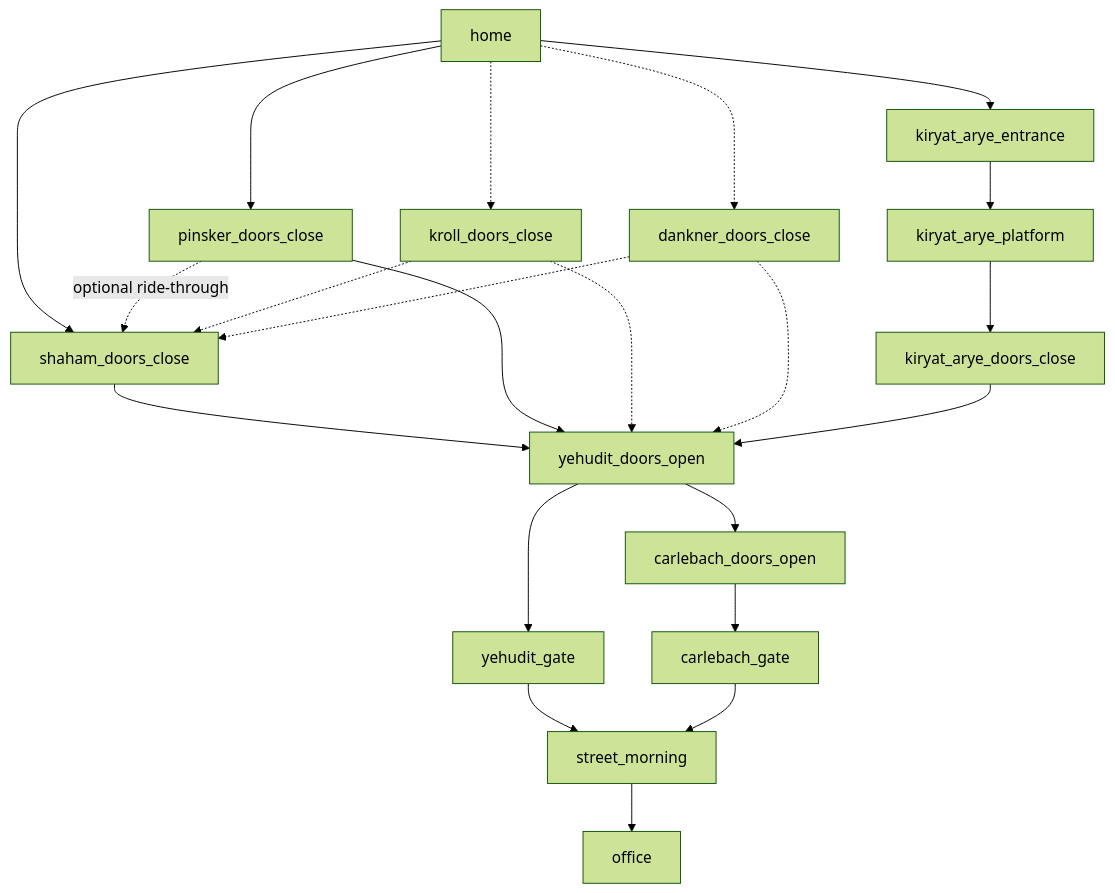
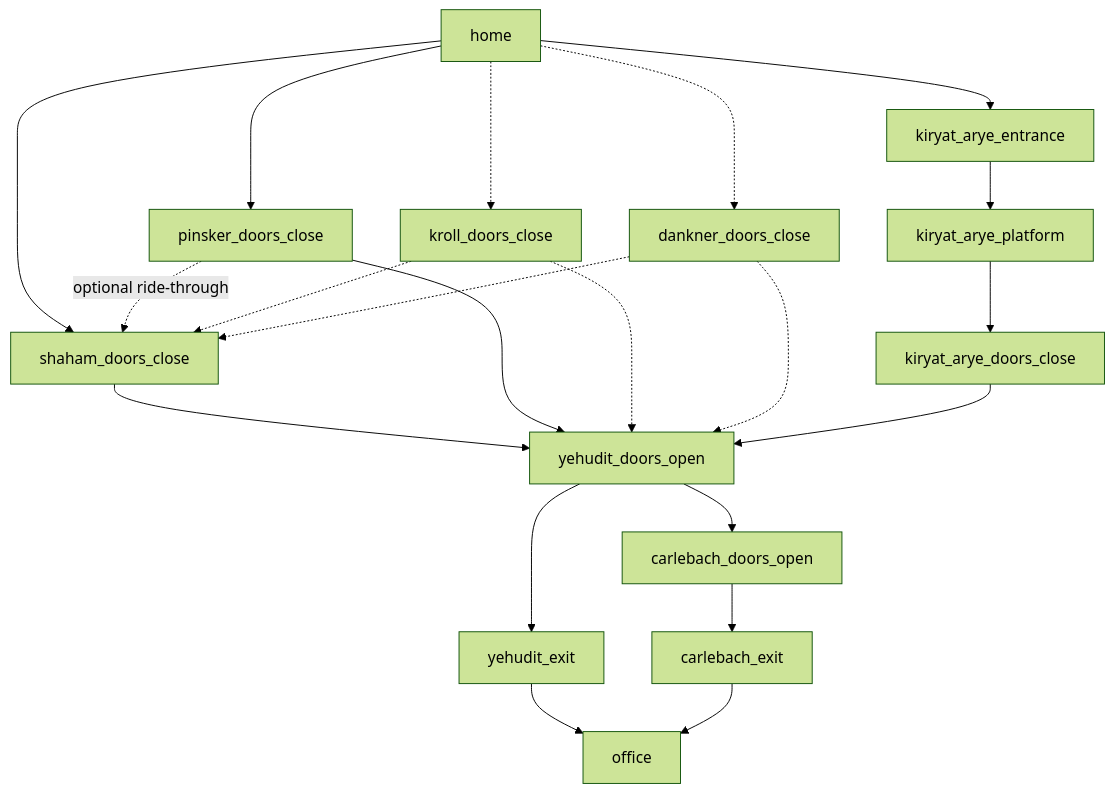
One commit to Voskov/path-race changed the first of 2 diagrams in SPEC.md. Above: the diagram before and after it, drawn with Mermaid (forest theme). The commit also changed other lines of this file and 5 other files, not shown here.

First line of the commit message:
Retire ticketing-gate node; rename street to station Exit/Entrance

````diff
--- a/SPEC.md
+++ b/SPEC.md
@@ -58,24 +58,23 @@
 ```mermaid
 flowchart TD
     H[home] --> PDC[pinsker_doors_close]
     H --> KAE[kiryat_arye_entrance]
     H --> SDC[shaham_doors_close]
     H -.-> KRDC[kroll_doors_close]
     H -.-> DDC[dankner_doors_close]
     KAE --> KAP[kiryat_arye_platform]
     KAP --> KDC[kiryat_arye_doors_close]
     PDC -.->|optional ride-through| SDC
     KRDC -.-> SDC
     DDC -.-> SDC
     SDC --> YDO[yehudit_doors_open]
     PDC --> YDO
     KRDC -.-> YDO
     DDC -.-> YDO
     KDC --> YDO
-    YDO --> YG[yehudit_gate]
+    YDO --> YEX[yehudit_exit]
     YDO --> CDO[carlebach_doors_open]
-    YG --> ST_M[street_morning]
-    CDO --> CG[carlebach_gate]
-    CG --> ST_M
-    ST_M --> OF[office]
+    YEX --> OF[office]
+    CDO --> CEX[carlebach_exit]
+    CEX --> OF[office]
 ```
````
